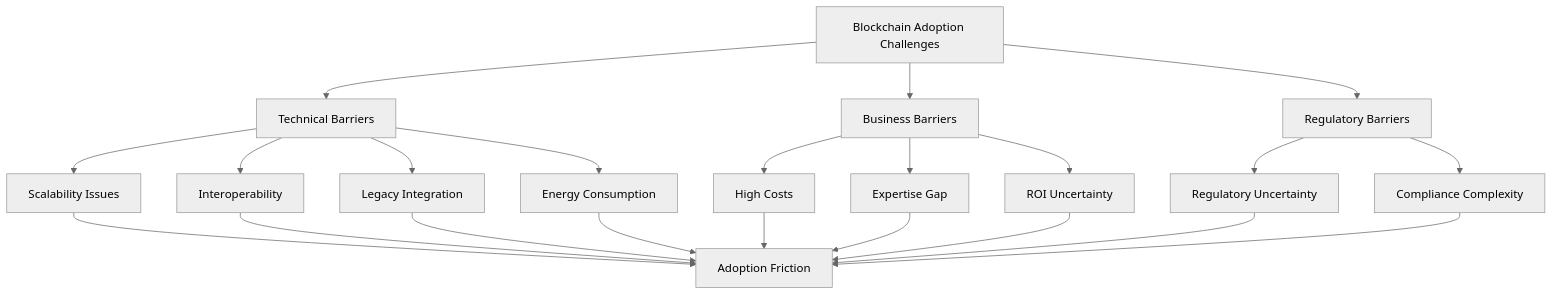
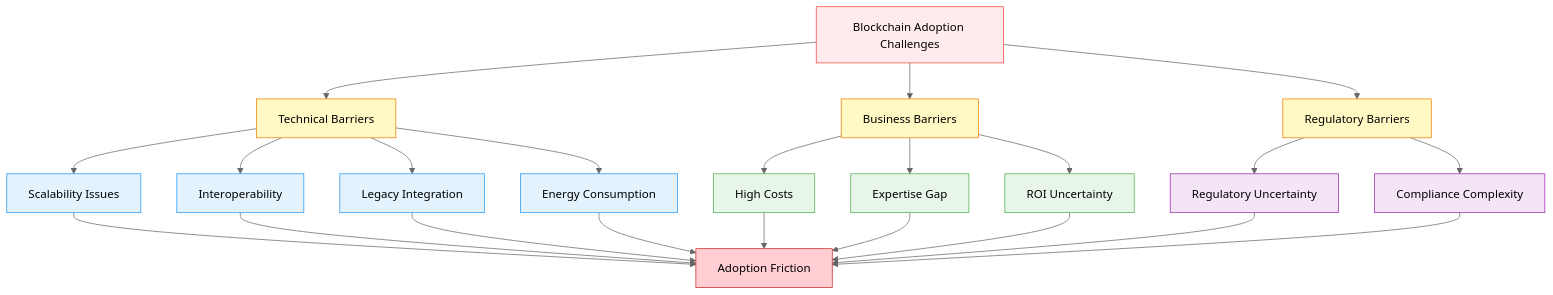
Before and after one commit to ljg-cqu/knowledge: diagram 11 of 14 in Industry/Blockchain/Blockchain/ValueChain/QA_LinerGeneralDeepResearch.md, drawn with Mermaid (neutral theme). The commit also changed other lines of this file and 6 other files, not shown here.

````diff
--- a/Industry/Blockchain/Blockchain/ValueChain/QA_LinerGeneralDeepResearch.md
+++ b/Industry/Blockchain/Blockchain/ValueChain/QA_LinerGeneralDeepResearch.md
@@ -452,28 +553,43 @@
 ```mermaid
 graph TD
     A[Blockchain Adoption Challenges] --> B[Technical Barriers]
     A --> C[Business Barriers]
     A --> D[Regulatory Barriers]
     
     B --> E[Scalability Issues]
     B --> F[Interoperability]
     B --> G[Legacy Integration]
     B --> H[Energy Consumption]
     
     C --> I[High Costs]
     C --> J[Expertise Gap]
     C --> K[ROI Uncertainty]
     
     D --> L[Regulatory Uncertainty]
     D --> M[Compliance Complexity]
     
     E --> N[Adoption Friction]
     F --> N
     G --> N
     H --> N
     I --> N
     J --> N
     K --> N
     L --> N
     M --> N
+    
+    style A fill:#FFEBEE,stroke:#F44336,color:#000
+    style B fill:#FFF9C4,stroke:#F57C00,color:#000
+    style C fill:#FFF9C4,stroke:#F57C00,color:#000
+    style D fill:#FFF9C4,stroke:#F57C00,color:#000
+    style E fill:#E3F2FD,stroke:#2196F3,color:#000
+    style F fill:#E3F2FD,stroke:#2196F3,color:#000
+    style G fill:#E3F2FD,stroke:#2196F3,color:#000
+    style H fill:#E3F2FD,stroke:#2196F3,color:#000
+    style I fill:#E8F5E9,stroke:#4CAF50,color:#000
+    style J fill:#E8F5E9,stroke:#4CAF50,color:#000
+    style K fill:#E8F5E9,stroke:#4CAF50,color:#000
+    style L fill:#F3E5F5,stroke:#9C27B0,color:#000
+    style M fill:#F3E5F5,stroke:#9C27B0,color:#000
+    style N fill:#FFCDD2,stroke:#C62828,color:#000
 ```
````
